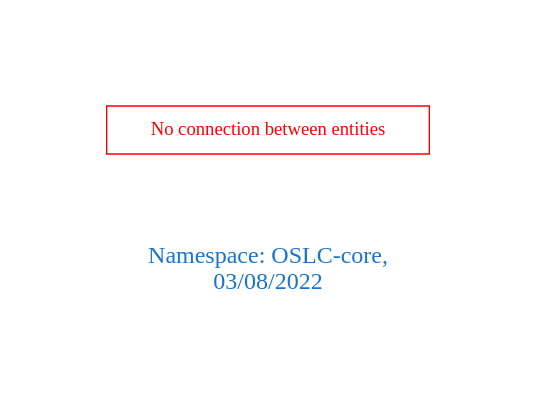
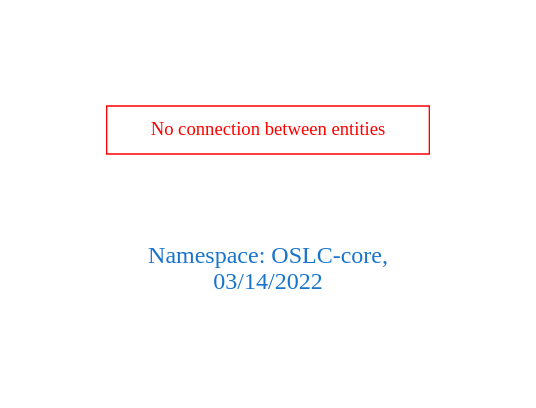
The diagram in downloads/OSLC-core.dot (arago/OGIT), drawn with Graphviz before and after one commit. The commit also changed 1906 other files, not shown here.

```diff
--- a/downloads/OSLC-core.dot
+++ b/downloads/OSLC-core.dot
@@ -1,9 +1,9 @@
 digraph OGIT_ontology {
  graph [ rankdir= LR,pad=1 
 fontsize = 18,
-fontcolor= dodgerblue3,label = "\n\n\nNamespace: OSLC-core, \n 03/08/2022"];
+fontcolor= dodgerblue3,label = "\n\n\nNamespace: OSLC-core, \n 03/14/2022"];
 node[shape=polygon];
 edge [  color="gray81"];
 
 "No connection between entities" [fontcolor = "red",color="red", shape="polygon"]
 }
```
